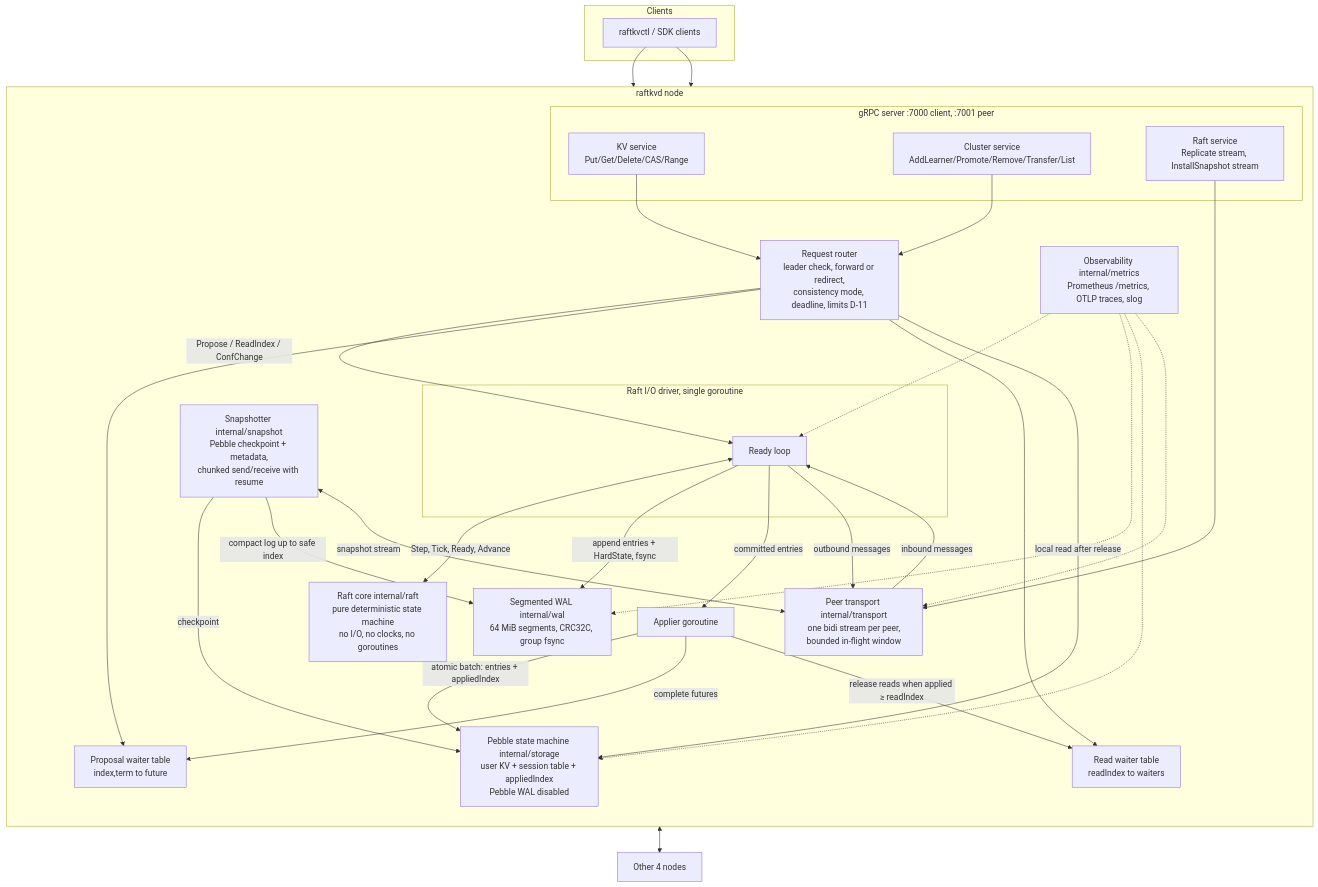
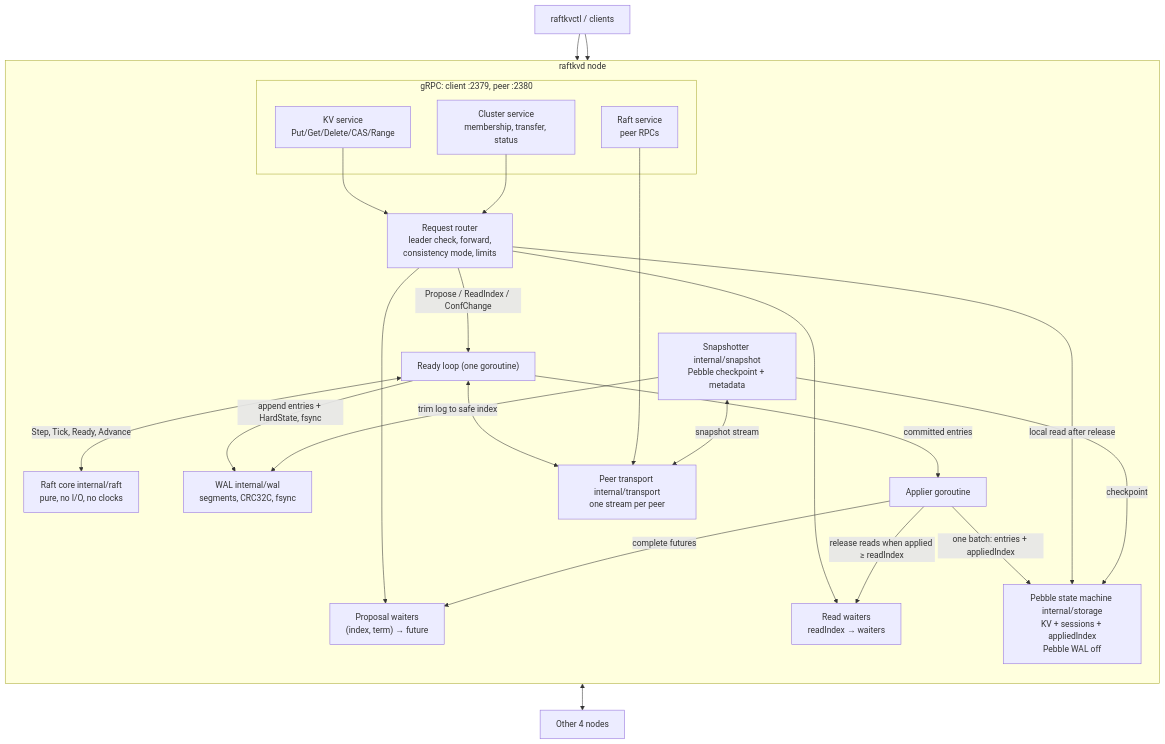
Before and after one commit to bibekgupta3333/raftkv-distributed-store: the first of 5 diagrams in docs/architecture.md, drawn with Mermaid. The commit also changed other lines of this file and 3 other files, not shown here.

First line of the commit message:
docs: simplify architecture, system, API and storage design

````diff
--- a/docs/architecture.md
+++ b/docs/architecture.md
@@ -55,59 +53,49 @@
 ```mermaid
 flowchart TB
-    subgraph Clients
-        C1["raftkvctl / SDK clients"]
-    end
+    C1["raftkvctl / clients"]
 
     subgraph Node["raftkvd node"]
         direction TB
-        subgraph API["gRPC server :7000 client, :7001 peer"]
+        subgraph API["gRPC: client :2379, peer :2380"]
             KV["KV service<br/>Put/Get/Delete/CAS/Range"]
-            CL["Cluster service<br/>AddLearner/Promote/Remove/Transfer/List"]
-            RS["Raft service<br/>Replicate stream, InstallSnapshot stream"]
+            CL["Cluster service<br/>membership, transfer, status"]
+            RS["Raft service<br/>peer RPCs"]
         end
 
-        RT["Request router<br/>leader check, forward or redirect,<br/>consistency mode, deadline, limits D-11"]
-        PW["Proposal waiter table<br/>index,term to future"]
-        RW["Read waiter table<br/>readIndex to waiters"]
+        RT["Request router<br/>leader check, forward,<br/>consistency mode, limits"]
+        PW["Proposal waiters<br/>(index, term) → future"]
+        RW["Read waiters<br/>readIndex → waiters"]
 
-        subgraph Driver["Raft I/O driver, single goroutine"]
-            RN["Ready loop"]
-        end
-        CORE["Raft core internal/raft<br/>pure deterministic state machine<br/>no I/O, no clocks, no goroutines"]
+        RN["Ready loop (one goroutine)"]
+        CORE["Raft core internal/raft<br/>pure, no I/O, no clocks"]
 
-        WAL["Segmented WAL internal/wal<br/>64 MiB segments, CRC32C, group fsync"]
+        WAL["WAL internal/wal<br/>segments, CRC32C, fsync"]
         AP["Applier goroutine"]
-        SM["Pebble state machine internal/storage<br/>user KV + session table + appliedIndex<br/>Pebble WAL disabled"]
-        SN["Snapshotter internal/snapshot<br/>Pebble checkpoint + metadata,<br/>chunked send/receive with resume"]
-        TR["Peer transport internal/transport<br/>one bidi stream per peer,<br/>bounded in-flight window"]
-        MT["Observability internal/metrics<br/>Prometheus /metrics, OTLP traces, slog"]
+        SM["Pebble state machine internal/storage<br/>KV + sessions + appliedIndex<br/>Pebble WAL off"]
+        SN["Snapshotter internal/snapshot<br/>Pebble checkpoint + metadata"]
+        TR["Peer transport internal/transport<br/>one stream per peer"]
     end
 
     PEERS["Other 4 nodes"]
 
     C1 --> KV
     C1 --> CL
     KV --> RT
     CL --> RT
     RT -- "Propose / ReadIndex / ConfChange" --> RN
     RT --> PW
     RT --> RW
     RN <-- "Step, Tick, Ready, Advance" --> CORE
     RN -- "append entries + HardState, fsync" --> WAL
     RN -- "committed entries" --> AP
-    AP -- "atomic batch: entries + appliedIndex" --> SM
+    AP -- "one batch: entries + appliedIndex" --> SM
     AP -- "complete futures" --> PW
     AP -- "release reads when applied ≥ readIndex" --> RW
     RT -- "local read after release" --> SM
-    RN -- "outbound messages" --> TR
-    TR -- "inbound messages" --> RN
+    RN <--> TR
     RS --> TR
     TR <--> PEERS
     SN -- "checkpoint" --> SM
-    SN -- "compact log up to safe index" --> WAL
+    SN -- "trim log to safe index" --> WAL
     SN <-- "snapshot stream" --> TR
-    MT -.-> RN
-    MT -.-> WAL
-    MT -.-> SM
-    MT -.-> TR
 ```
````
